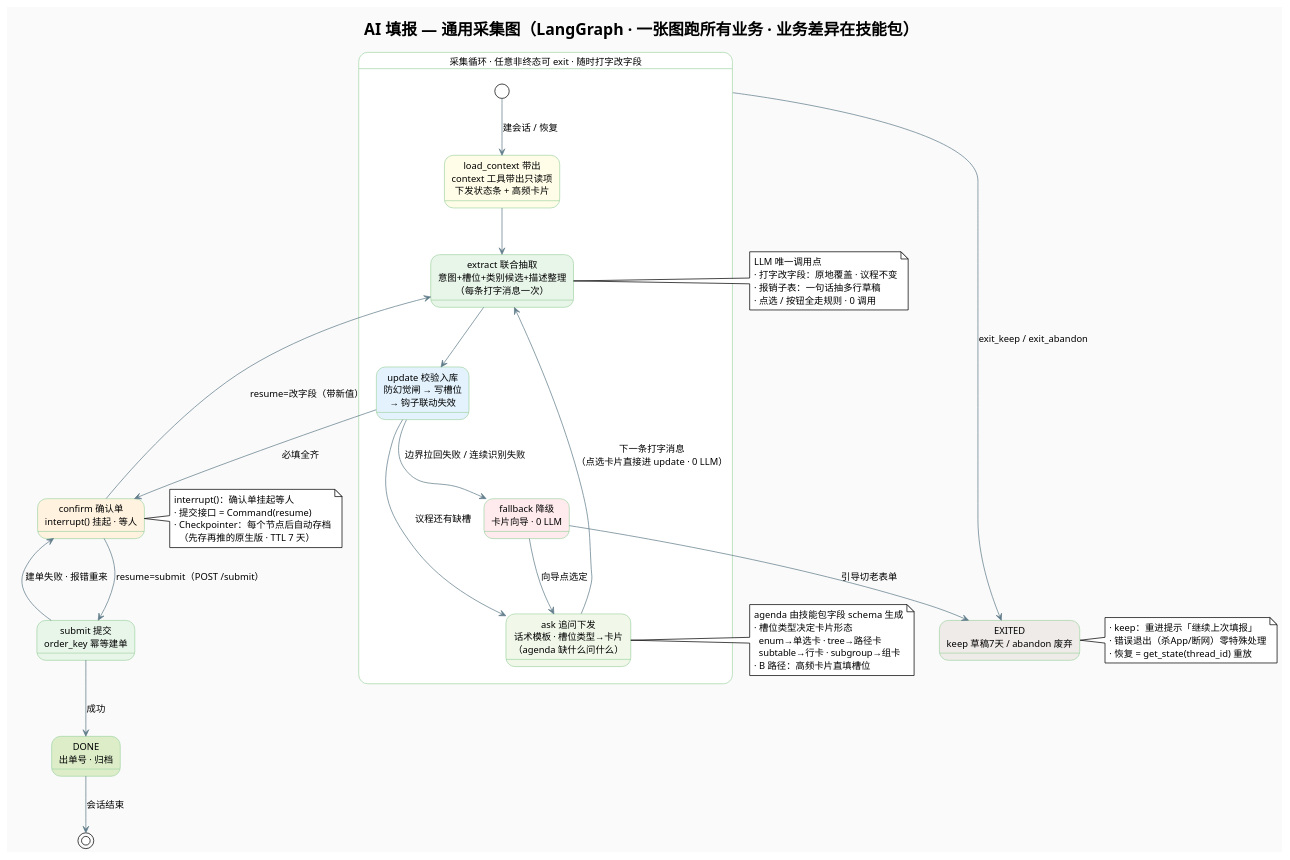
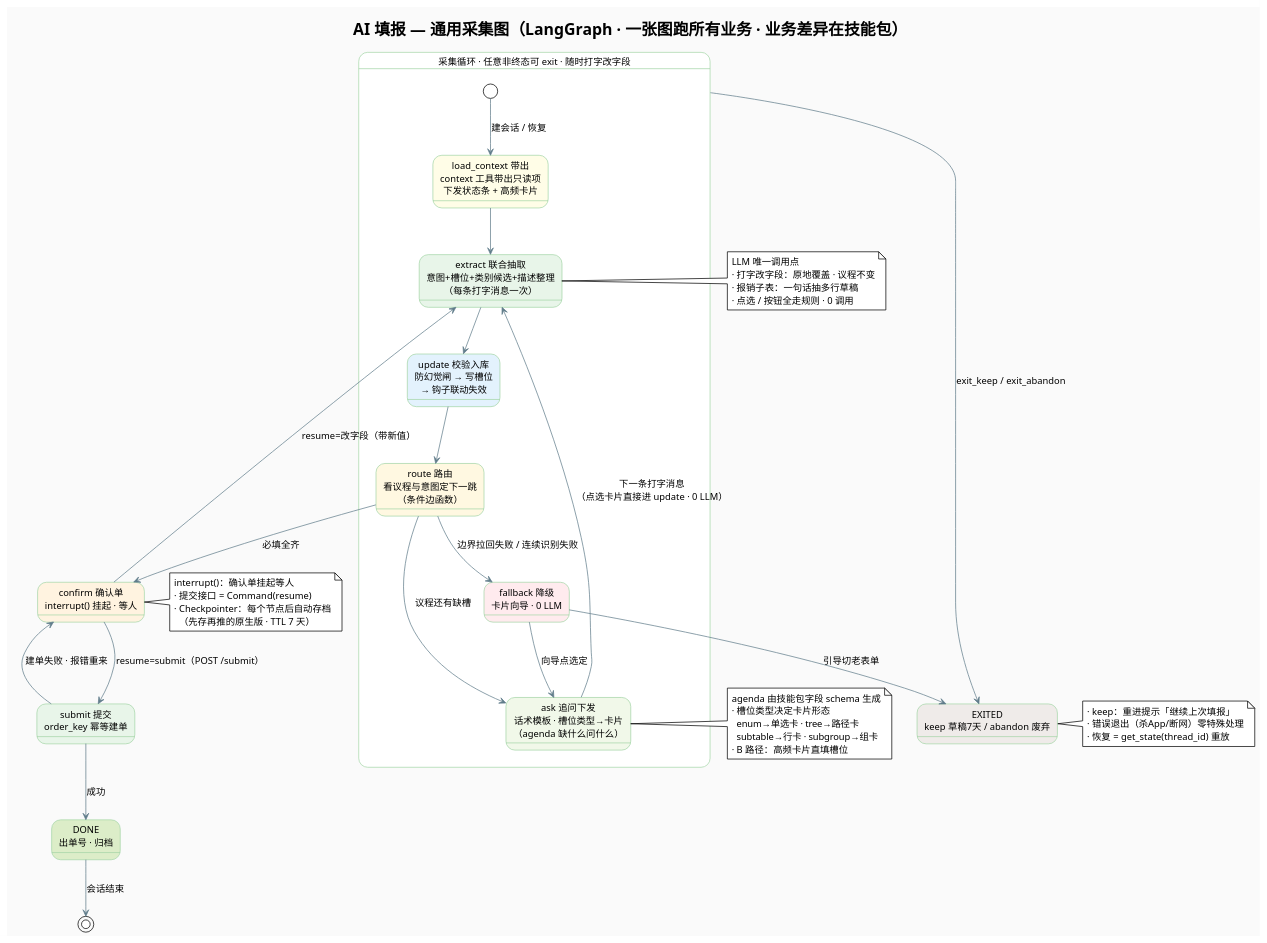
The diagram in src/main/hotmaxx/需求点/输入优化/design/6/diagrams/02-通用采集图.puml (bai876939716/my_doc), drawn with PlantUML before and after one commit. The commit also changed 8 other files, not shown here.

```diff
--- a/src/main/hotmaxx/需求点/输入优化/design/6/diagrams/02-通用采集图.puml
+++ b/src/main/hotmaxx/需求点/输入优化/design/6/diagrams/02-通用采集图.puml
@@ -1,73 +1,75 @@
 @startuml AI填报-通用采集图
 !theme plain
 skinparam backgroundColor #FAFAFA
 skinparam defaultFontName "PingFang SC,Microsoft YaHei,Arial"
 skinparam state {
   BackgroundColor #F1F8E9
   BorderColor #A5D6A7
   ArrowColor #607D8B
   FontSize 13
 }
 
 title AI 填报 — 通用采集图（LangGraph · 一张图跑所有业务 · 业务差异在技能包）
 
 state "采集循环 · 任意非终态可 exit · 随时打字改字段" as MAIN #FFFFFF {
   state "load_context 带出\ncontext 工具带出只读项\n下发状态条 + 高频卡片" as LOAD #FFFDE7
   state "extract 联合抽取\n意图+槽位+类别候选+描述整理\n（每条打字消息一次）" as EXTRACT #E8F5E9
   state "update 校验入库\n防幻觉闸 → 写槽位\n→ 钩子联动失效" as UPDATE #E3F2FD
   state "ask 追问下发\n话术模板 · 槽位类型→卡片\n（agenda 缺什么问什么）" as ASK #F1F8E9
+  state "route 路由\n看议程与意图定下一跳\n（条件边函数）" as ROUTE #FFF8E1
   state "fallback 降级\n卡片向导 · 0 LLM" as FB #FFEBEE
 
   [*] --> LOAD : 建会话 / 恢复
 
   LOAD --> EXTRACT
   EXTRACT --> UPDATE
-  UPDATE --> ASK : 议程还有缺槽
+  UPDATE --> ROUTE
+  ROUTE --> ASK : 议程还有缺槽
   ASK --> EXTRACT : 下一条打字消息\n（点选卡片直接进 update · 0 LLM）
-  UPDATE --> FB : 边界拉回失败 / 连续识别失败
+  ROUTE --> FB : 边界拉回失败 / 连续识别失败
   FB --> ASK : 向导点选定
 }
 
 state "confirm 确认单\ninterrupt() 挂起 · 等人" as CONFIRM #FFF3E0
 state "submit 提交\norder_key 幂等建单" as SUBMIT #E8F5E9
 state "DONE\n出单号 · 归档" as DONE #DCEDC8
 state "EXITED\nkeep 草稿7天 / abandon 废弃" as EXITED #EFEBE9
 
-UPDATE --> CONFIRM : 必填全齐
+ROUTE --> CONFIRM : 必填全齐
 CONFIRM --> SUBMIT : resume=submit（POST /submit）
 CONFIRM --> EXTRACT : resume=改字段（带新值）
 SUBMIT --> DONE : 成功
 SUBMIT --> CONFIRM : 建单失败 · 报错重来
 FB --> EXITED : 引导切老表单
 MAIN --> EXITED : exit_keep / exit_abandon
 DONE --> [*] : 会话结束
 
 note right of EXTRACT
   LLM 唯一调用点
   · 打字改字段：原地覆盖 · 议程不变
   · 报销子表：一句话抽多行草稿
   · 点选 / 按钮全走规则 · 0 调用
 end note
 
 note right of CONFIRM
   interrupt()：确认单挂起等人
   · 提交接口 = Command(resume)
   · Checkpointer：每个节点后自动存档
     （先存再推的原生版 · TTL 7 天）
 end note
 
 note left of ASK
   agenda 由技能包字段 schema 生成
   · 槽位类型决定卡片形态
     enum→单选卡 · tree→路径卡
     subtable→行卡 · subgroup→组卡
   · B 路径：高频卡片直填槽位
 end note
 
 note right of EXITED
   · keep：重进提示「继续上次填报」
   · 错误退出（杀App/断网）零特殊处理
   · 恢复 = get_state(thread_id) 重放
 end note
 
 @enduml
```
